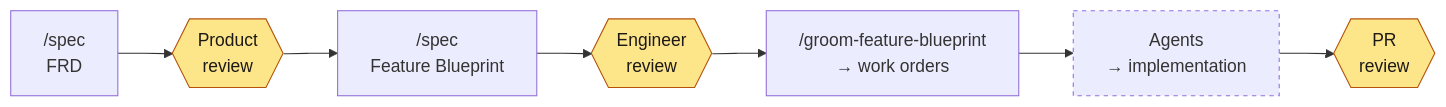
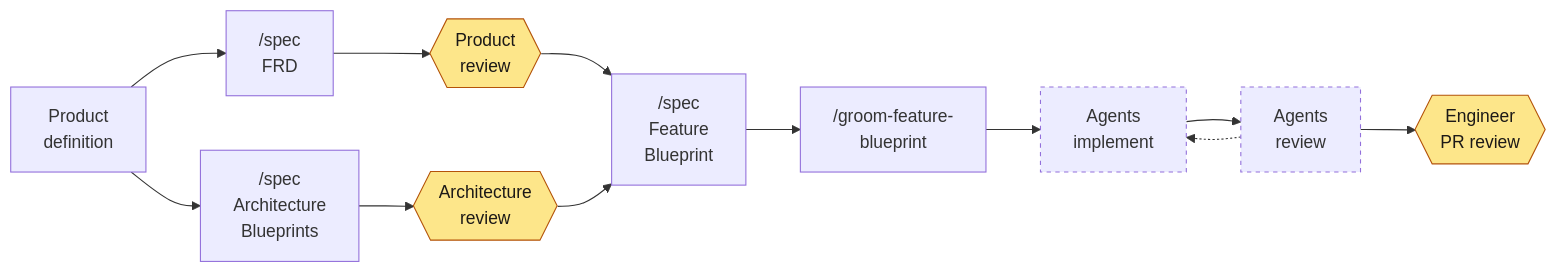
One commit to brettcallaghan/specs changed the diagram in README.md. Above: the diagram before and after it, drawn with Mermaid. The commit also changed other lines of this file, not shown here.

````diff
--- a/README.md
+++ b/README.md
@@ -51,14 +56,20 @@
 ```mermaid
 flowchart LR
-    A["/spec<br/>FRD"] --> B{{"Product<br/>review"}}
-    B --> C["/spec<br/>Feature Blueprint"]
-    C --> D{{"Engineer<br/>review"}}
-    D --> E["/groom-feature-blueprint<br/>→ work orders"]
-    E --> F["Agents<br/>→ implementation"]
-    F --> G{{"PR<br/>review"}}
+    P["Product<br/>definition"] --> A["/spec<br/>FRD"]
+    P --> H["/spec<br/>Architecture<br/>Blueprints"]
+    A --> B{{"Product<br/>review"}}
+    H --> I{{"Architecture<br/>review"}}
+    B --> C["/spec<br/>Feature<br/>Blueprint"]
+    I --> C
+    C --> E["/groom-feature-<br/>blueprint"]
+    E --> F["Agents<br/>implement"]
+    F --> J["Agents<br/>review"]
+    J -.-> F
+    J --> G{{"Engineer<br/>PR review"}}
 
     style B fill:#fde68a,stroke:#b45309,color:#1c1917
-    style D fill:#fde68a,stroke:#b45309,color:#1c1917
+    style I fill:#fde68a,stroke:#b45309,color:#1c1917
     style G fill:#fde68a,stroke:#b45309,color:#1c1917
     style F stroke-dasharray: 4 4
+    style J stroke-dasharray: 4 4
 ```
````
